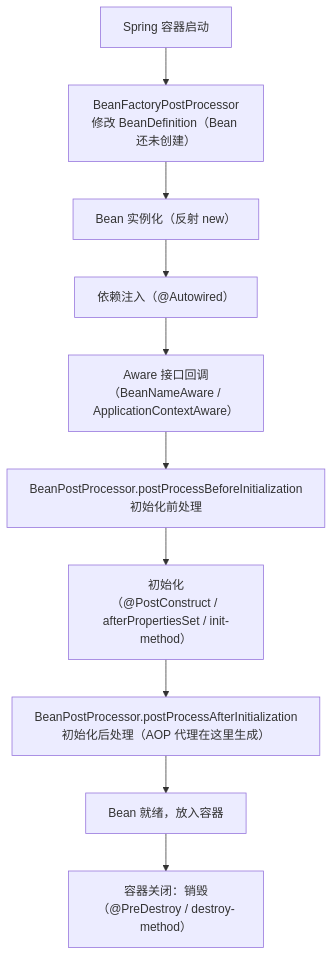
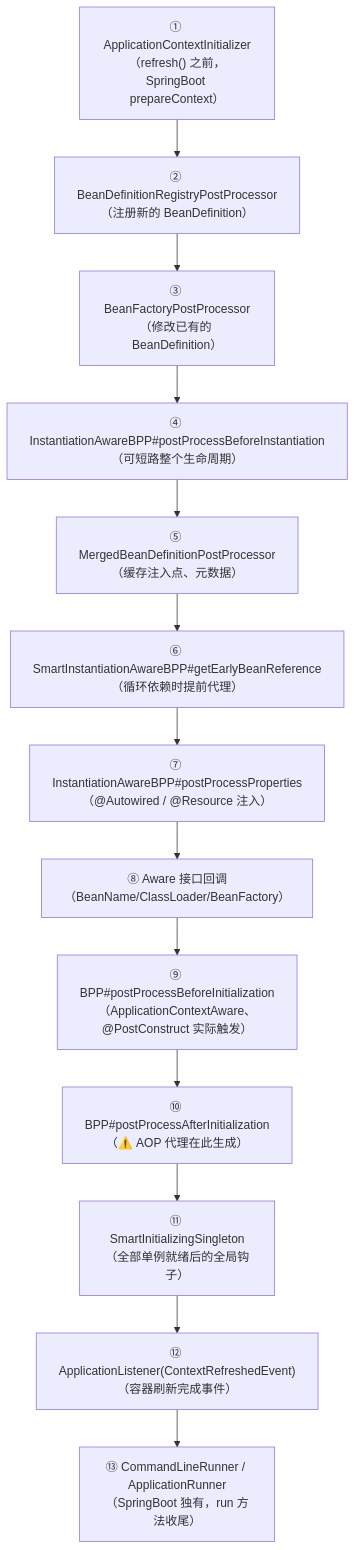
One commit to b1tzer/b1tzer.github.io changed the first of 4 diagrams in docs/02-spring/01-核心基础/04-Spring扩展点详解.md. Above: the diagram before and after it, drawn with Mermaid. The commit also changed other lines of this file and 2 other files, not shown here.

Commit message:
add more detail about spring

````diff
--- a/docs/02-spring/01-核心基础/04-Spring扩展点详解.md
+++ b/docs/02-spring/01-核心基础/04-Spring扩展点详解.md
@@ -14,12 +49,18 @@
 ```mermaid
-flowchart TD
-    Start["Spring 容器启动"] --> BFP["BeanFactoryPostProcessor<br>修改 BeanDefinition（Bean 还未创建）"]
-    BFP --> Instantiate["Bean 实例化（反射 new）"]
-    Instantiate --> Inject["依赖注入（@Autowired）"]
-    Inject --> Aware["Aware 接口回调<br>（BeanNameAware / ApplicationContextAware）"]
-    Aware --> BPP_Before["BeanPostProcessor.postProcessBeforeInitialization<br>初始化前处理"]
-    BPP_Before --> Init["初始化<br>（@PostConstruct / afterPropertiesSet / init-method）"]
-    Init --> BPP_After["BeanPostProcessor.postProcessAfterInitialization<br>初始化后处理（AOP 代理在这里生成）"]
-    BPP_After --> Ready["Bean 就绪，放入容器"]
-    Ready --> Destroy["容器关闭：销毁<br>（@PreDestroy / destroy-method）"]
+flowchart TB
+    Init["① ApplicationContextInitializer<br>（refresh() 之前，SpringBoot prepareContext）"]
+    BDRPP["② BeanDefinitionRegistryPostProcessor<br>（注册新的 BeanDefinition）"]
+    BFPP["③ BeanFactoryPostProcessor<br>（修改已有的 BeanDefinition）"]
+    Instan["④ InstantiationAwareBPP#postProcessBeforeInstantiation<br>（可短路整个生命周期）"]
+    Merge["⑤ MergedBeanDefinitionPostProcessor<br>（缓存注入点、元数据）"]
+    Smart["⑥ SmartInstantiationAwareBPP#getEarlyBeanReference<br>（循环依赖时提前代理）"]
+    Inject["⑦ InstantiationAwareBPP#postProcessProperties<br>（@Autowired / @Resource 注入）"]
+    Aware["⑧ Aware 接口回调<br>（BeanName/ClassLoader/BeanFactory）"]
+    Before["⑨ BPP#postProcessBeforeInitialization<br>（ApplicationContextAware、@PostConstruct 实际触发）"]
+    After["⑩ BPP#postProcessAfterInitialization<br>（⚠️ AOP 代理在此生成）"]
+    SmartInit["⑪ SmartInitializingSingleton<br>（全部单例就绪后的全局钩子）"]
+    Listener["⑫ ApplicationListener(ContextRefreshedEvent)<br>（容器刷新完成事件）"]
+    Runner["⑬ CommandLineRunner / ApplicationRunner<br>（SpringBoot 独有，run 方法收尾）"]
+
+    Init --> BDRPP --> BFPP --> Instan --> Merge --> Smart --> Inject --> Aware --> Before --> After --> SmartInit --> Listener --> Runner
 ```
````
